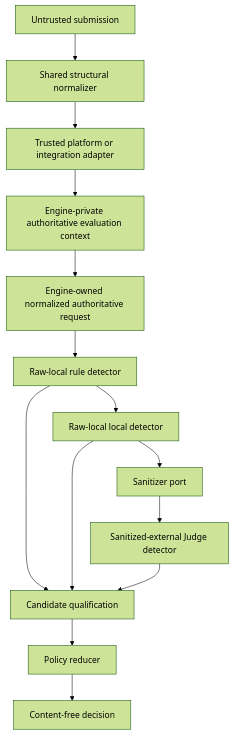
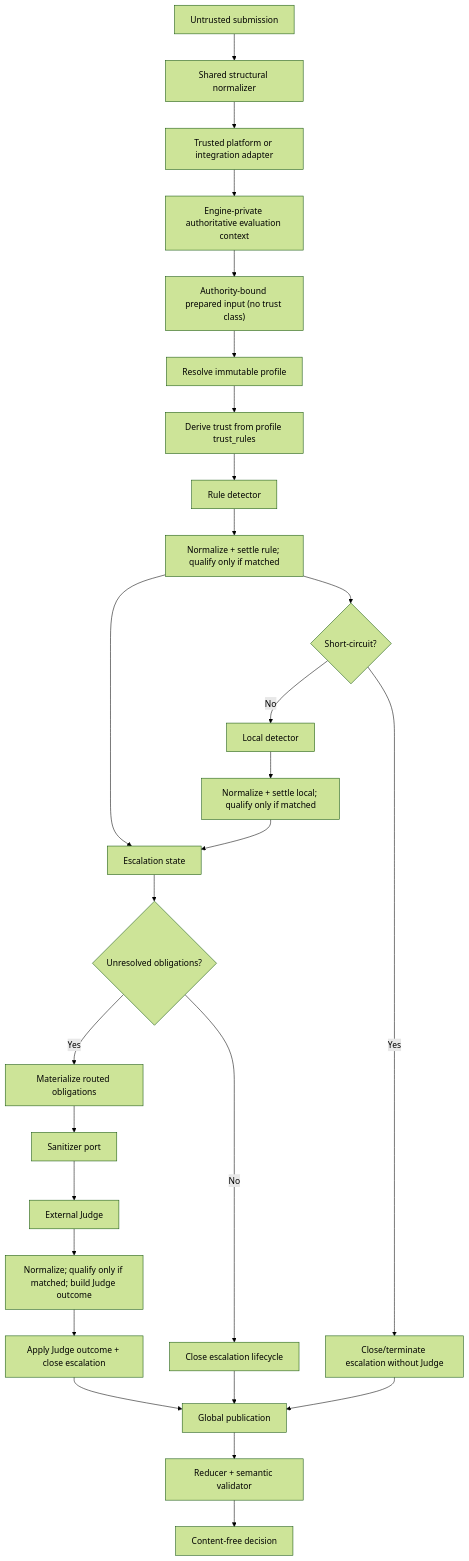
One commit to Lang-Qiu/Agent-security-platform changed the diagram in docs/superpowers/specs/2026-07-10-sandbox-general-security-design.md. Above: the diagram before and after it, drawn with Mermaid (forest theme). The commit also changed other lines of this file and 3 other files, not shown here.

````diff
--- a/docs/superpowers/specs/2026-07-10-sandbox-general-security-design.md
+++ b/docs/superpowers/specs/2026-07-10-sandbox-general-security-design.md
@@ -88,16 +103,29 @@
 ```mermaid
 flowchart TD
     U["Untrusted submission"] --> S["Shared structural normalizer"]
     S --> A["Trusted platform or integration adapter"]
     A --> B["Engine-private authoritative evaluation context"]
-    B --> E["Engine-owned normalized authoritative request"]
-    E --> R["Raw-local rule detector"]
-    R --> L["Raw-local local detector"]
-    L --> Z["Sanitizer port"]
-    Z --> J["Sanitized-external Judge detector"]
-    R --> Q["Candidate qualification"]
-    L --> Q
-    J --> Q
-    Q --> P["Policy reducer"]
+    B --> E["Authority-bound prepared input (no trust class)"]
+    E --> M["Resolve immutable profile"]
+    M --> T["Derive trust from profile trust_rules"]
+    T --> R["Rule detector"]
+    R --> RQ["Normalize + settle rule; qualify only if matched"]
+    RQ --> ES["Escalation state"]
+    RQ --> SC{"Short-circuit?"}
+    SC -->|No| L["Local detector"]
+    L --> LQ["Normalize + settle local; qualify only if matched"]
+    LQ --> ES
+    SC -->|Yes| ST["Close/terminate escalation without Judge"]
+    ES --> OC{"Unresolved obligations?"}
+    OC -->|Yes| O["Materialize routed obligations"]
+    OC -->|No| CL["Close escalation lifecycle"]
+    O --> Z["Sanitizer port"]
+    Z --> J["External Judge"]
+    J --> JQ["Normalize; qualify only if matched; build Judge outcome"]
+    JQ --> JR["Apply Judge outcome + close escalation"]
+    ST --> PUB["Global publication"]
+    CL --> PUB
+    JR --> PUB
+    PUB --> P["Reducer + semantic validator"]
     P --> D["Content-free decision"]
 ```
````
